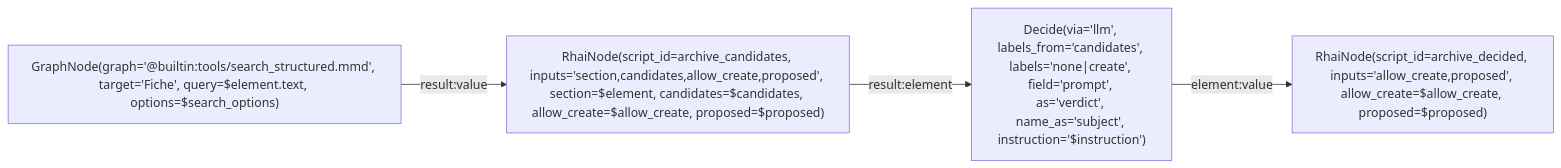
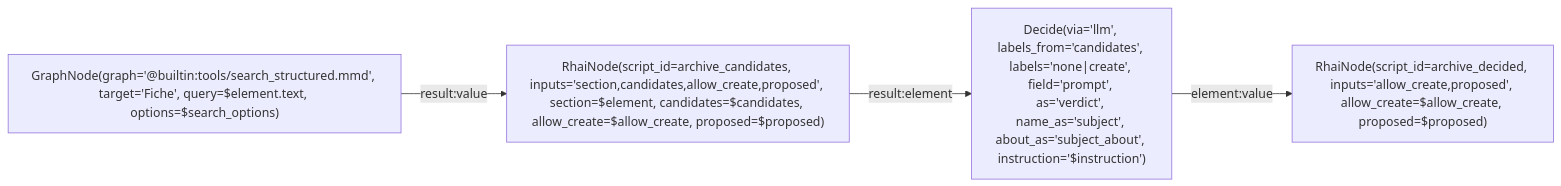
One commit to L-Defraiteur/rag3db changed the diagram in extension/rag3weaver/templates/backends/memory/graphs/archive_decide.mmd. Above: the diagram before and after it, drawn with Mermaid. The commit also changed 5 other files, not shown here.

First line of the commit message:
fix(archiviste): une fiche créée porte une phrase qui dit son sujet — Decide about_as, et la garde des six mots

```diff
--- a/extension/rag3weaver/templates/backends/memory/graphs/archive_decide.mmd
+++ b/extension/rag3weaver/templates/backends/memory/graphs/archive_decide.mmd
@@ -1,19 +1,19 @@
 %% tool: archive_decide
 %% description: Une section (l'élément) : les fiches candidates par la recherche, puis la décision fermée du modèle (une candidate, none, create), rendue comme l'élément des écritures (kind, fiche, records, liens, provenance). Appelé une fois par section par le ForEachNode de archive.
 %% Les étiquettes candidate_N sont résolues par archive_decided vers les noms exacts ; les noms et descriptions restent dans le prompt.
 %% param: element json! -- La section : {title, level, text, anchor, index, chemin, titre, origine}.
 %% param: candidates int = 5 -- Fiches candidates gardées.
 %% param: allow_create bool = false -- create permis (éteint par défaut, comme archive).
 %% param: instruction string! -- Ce que l'étiquette veut dire, pour le modèle ; sans apostrophe droite (substituée entre apostrophes dans la configuration du Decide ; la typographique ’ passe).
 %% param: search_options json! -- Les options de la recherche de candidates (limit…).
 %% param: proposed json = [] -- Les fiches proposées par les sections précédentes du même document ({name, about, state, via}), portées par le ForEachNode d'archive (carry) : elles ne sont pas encore cherchables, la transaction de l'outil ne les a pas validées.
 %% result: decided.result
 
 graph LR
     recall["GraphNode(graph='@builtin:tools/search_structured.mmd', target='Fiche', query=$element.text, options=$search_options)"]
     prepare["RhaiNode(script_id=archive_candidates, inputs='section,candidates,allow_create,proposed', section=$element, candidates=$candidates, allow_create=$allow_create, proposed=$proposed)"]
-    decide["Decide(via='llm', labels_from='candidates', labels='none|create', field='prompt', as='verdict', name_as='subject', instruction='$instruction')"]
+    decide["Decide(via='llm', labels_from='candidates', labels='none|create', field='prompt', as='verdict', name_as='subject', about_as='subject_about', instruction='$instruction')"]
     decided["RhaiNode(script_id=archive_decided, inputs='allow_create,proposed', allow_create=$allow_create, proposed=$proposed)"]
     recall -->|result:value| prepare
     prepare -->|result:element| decide
     decide -->|element:value| decided
```
